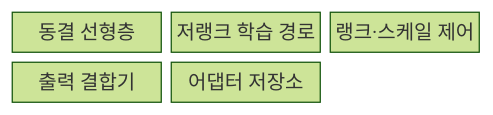
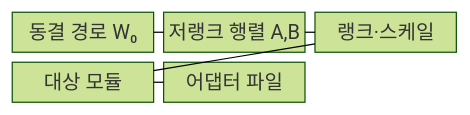
One commit to agnusdei1207/knowledge-base changed the first of 2 diagrams in src/content/docs/notes/08-latest-tech/062_low_rank_adaptation.md. Above: the diagram before and after it, drawn with Mermaid (forest theme). The commit also changed other lines of this file and 228 other files, not shown here.

````diff
--- a/src/content/docs/notes/08-latest-tech/062_low_rank_adaptation.md
+++ b/src/content/docs/notes/08-latest-tech/062_low_rank_adaptation.md
@@ -55,9 +55,13 @@
 ```mermaid
 block-beta
     columns 3
-    W["동결 선형층"]
-    L["저랭크 학습 경로"]
-    S["랭크·스케일 제어"]
-    O["출력 결합기"]
-    F["어댑터 저장소"]
+    W["동결 경로 W₀"]
+    L["저랭크 행렬 A,B"]
+    S["랭크·스케일"]
+    O["대상 모듈"]
+    F["어댑터 파일"]
+    W --- L
+    L --- S
+    S --- O
+    O --- F
 ```
````
